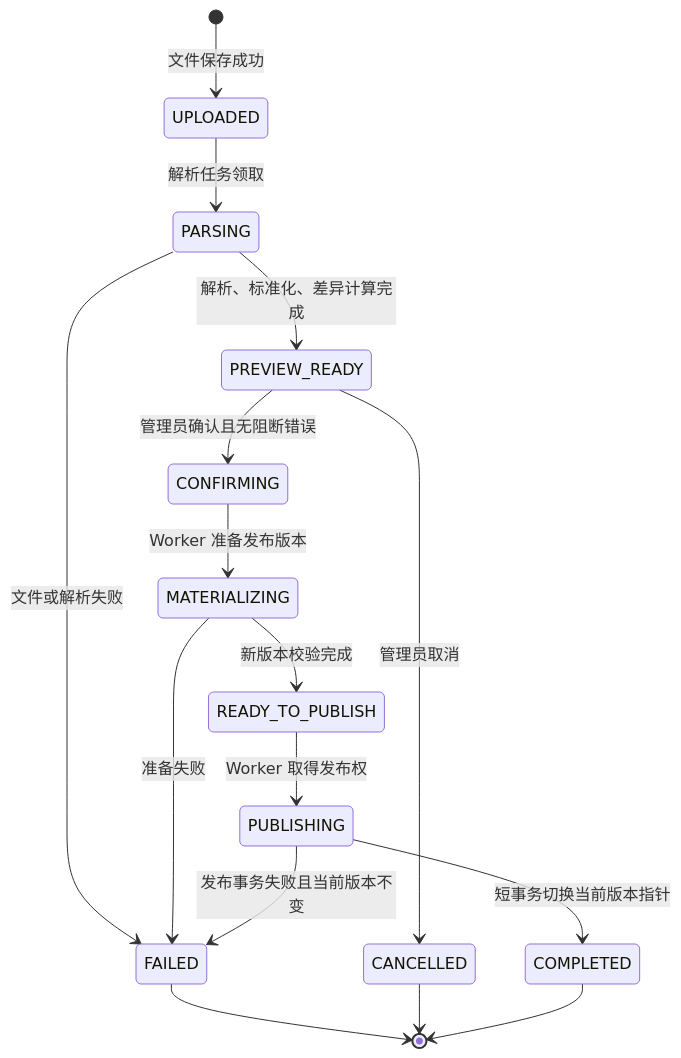
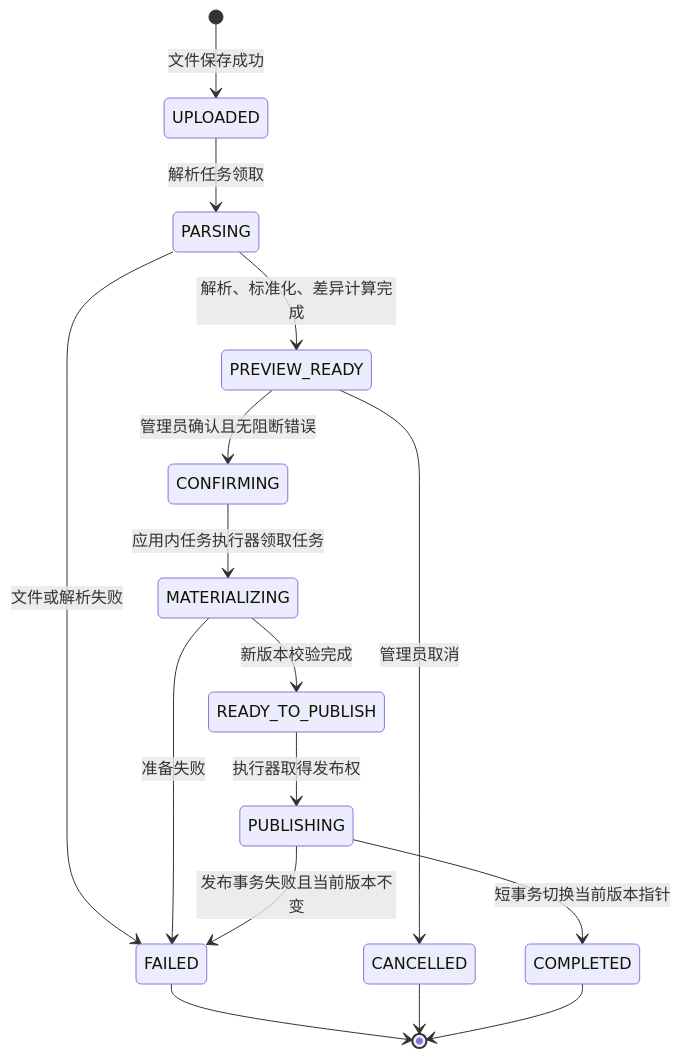
The third of 7 diagrams in docs/design/04-state-machines.md (ChenWang08/ordershow), drawn with Mermaid before and after one commit. The commit also changed other lines of this file and 73 other files, not shown here.

````diff
--- a/docs/design/04-state-machines.md
+++ b/docs/design/04-state-machines.md
@@ -134,18 +134,18 @@
 ```mermaid
 stateDiagram-v2
   [*] --> UPLOADED: 文件保存成功
   UPLOADED --> PARSING: 解析任务领取
   PARSING --> PREVIEW_READY: 解析、标准化、差异计算完成
   PARSING --> FAILED: 文件或解析失败
   PREVIEW_READY --> CONFIRMING: 管理员确认且无阻断错误
   PREVIEW_READY --> CANCELLED: 管理员取消
-  CONFIRMING --> MATERIALIZING: Worker 准备发布版本
+  CONFIRMING --> MATERIALIZING: 应用内任务执行器领取任务
   MATERIALIZING --> READY_TO_PUBLISH: 新版本校验完成
   MATERIALIZING --> FAILED: 准备失败
-  READY_TO_PUBLISH --> PUBLISHING: Worker 取得发布权
+  READY_TO_PUBLISH --> PUBLISHING: 执行器取得发布权
   PUBLISHING --> COMPLETED: 短事务切换当前版本指针
   PUBLISHING --> FAILED: 发布事务失败且当前版本不变
   FAILED --> [*]
   CANCELLED --> [*]
   COMPLETED --> [*]
 ```
````
